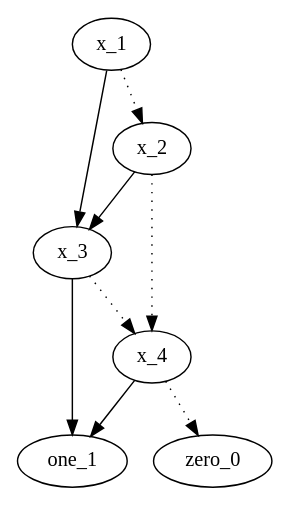
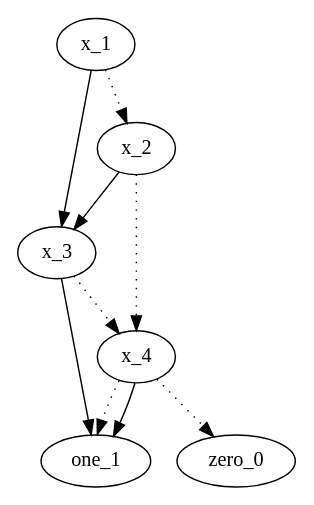
The diagram in docs/conjunction.dot (smurphy8/binary-decision-matrix), drawn with Graphviz before and after one commit. The commit also changed 1 other file, not shown here.

```diff
--- a/docs/conjunction.dot
+++ b/docs/conjunction.dot
@@ -1,1 +1,1 @@
-digraph G { size = "4,4"; x_4 [label="x_4"];x_3 [label="x_3"];x_2 [label="x_2"];x_1 [label="x_1"];subgraph Live { x_4 -> zero_0 [style=dotted];x_3 -> x_4 [style=dotted];x_2 -> x_4 [style=dotted];x_1 -> x_2 [style=dotted];x_4 -> one_1 [style=solid];x_3 -> one_1 [style=solid];x_2 -> x_3 [style=solid];x_1 -> x_3 [style=solid];}}
+digraph G { size = "4,4"; x_4 [label="x_4"];x_3 [label="x_3"];x_2 [label="x_2"];x_1 [label="x_1"];subgraph Live { x_4 -> zero_0 [style=dotted];x_4 -> one_1 [style=dotted];x_3 -> x_4 [style=dotted];x_2 -> x_4 [style=dotted];x_1 -> x_2 [style=dotted];x_4 -> one_1 [style=solid];x_3 -> one_1 [style=solid];x_2 -> x_3 [style=solid];x_1 -> x_3 [style=solid];}}
```
